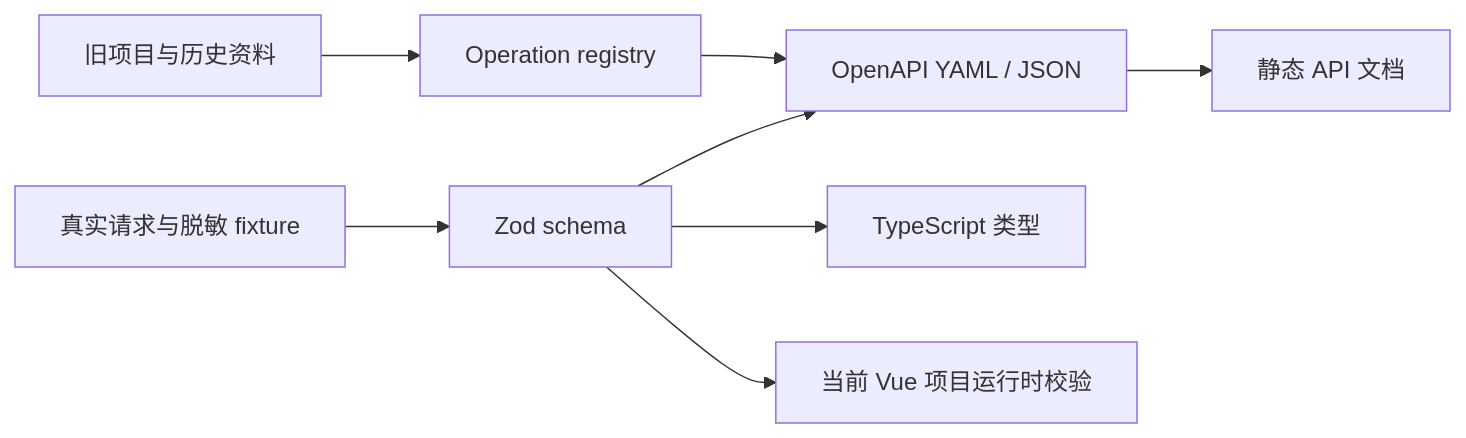
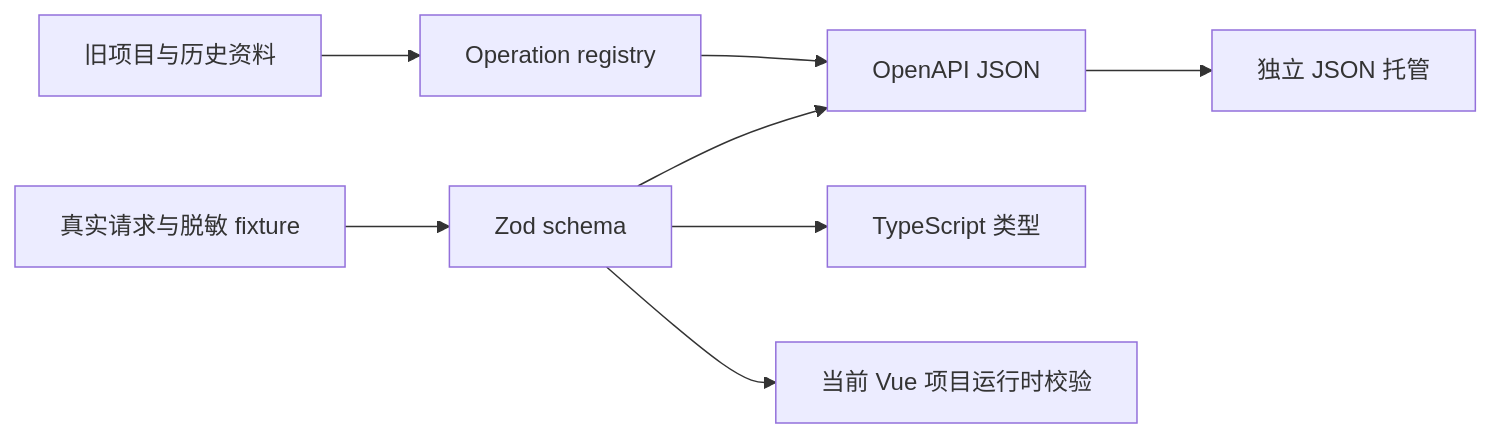
Before and after one commit to shellRaining/cc98: the first of 3 diagrams in docs/exec-plans/completed/2026-07-11-openapi-public-infrastructure.md, drawn with Mermaid. The commit also changed other lines of this file and 11 other files, not shown here.

Commit message:
refactor(api): 仅托管 OpenAPI JSON

````diff
--- a/docs/exec-plans/completed/2026-07-11-openapi-public-infrastructure.md
+++ b/docs/exec-plans/completed/2026-07-11-openapi-public-infrastructure.md
@@ -195,10 +195,10 @@
 ```mermaid
 flowchart LR
   discovery["旧项目与历史资料"] --> registry["Operation registry"]
   probe["真实请求与脱敏 fixture"] --> zod["Zod schema"]
-  registry --> openapi["OpenAPI YAML / JSON"]
+  registry --> openapi["OpenAPI JSON"]
   zod --> openapi
   zod --> types["TypeScript 类型"]
   zod --> website["当前 Vue 项目运行时校验"]
-  openapi --> docs["静态 API 文档"]
+  openapi --> hosting["独立 JSON 托管"]
 ```
````
